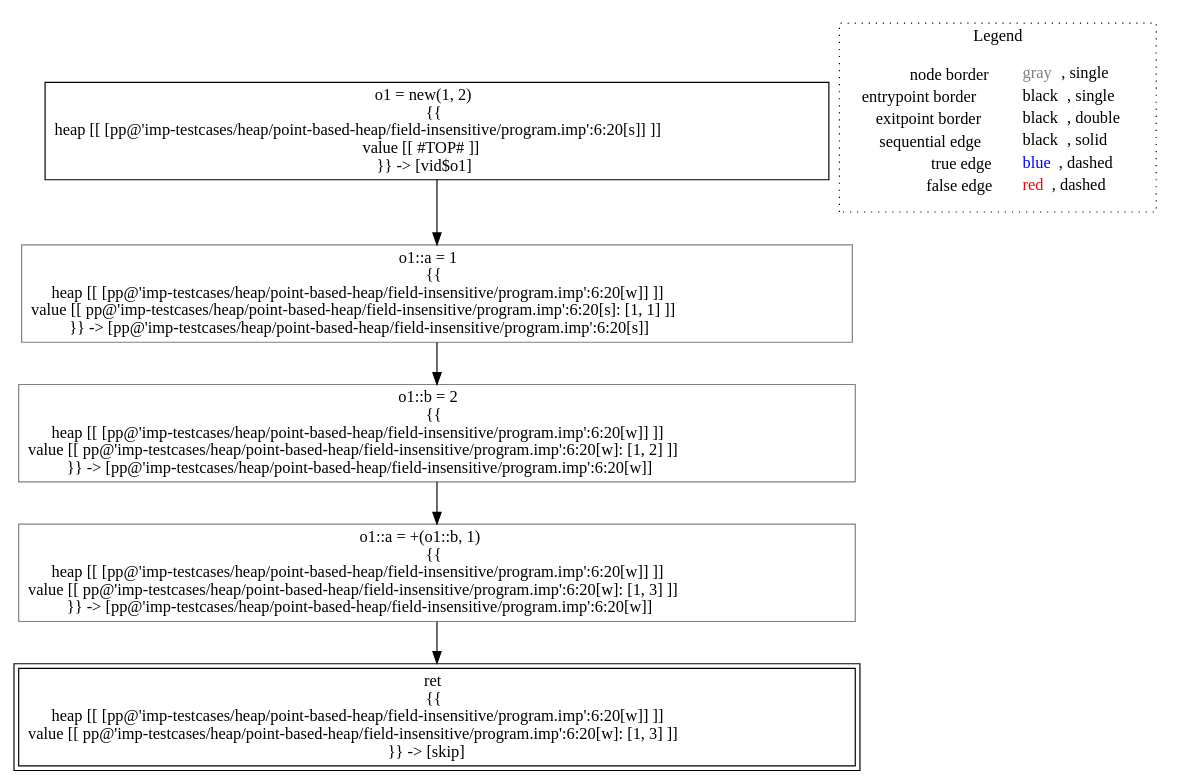
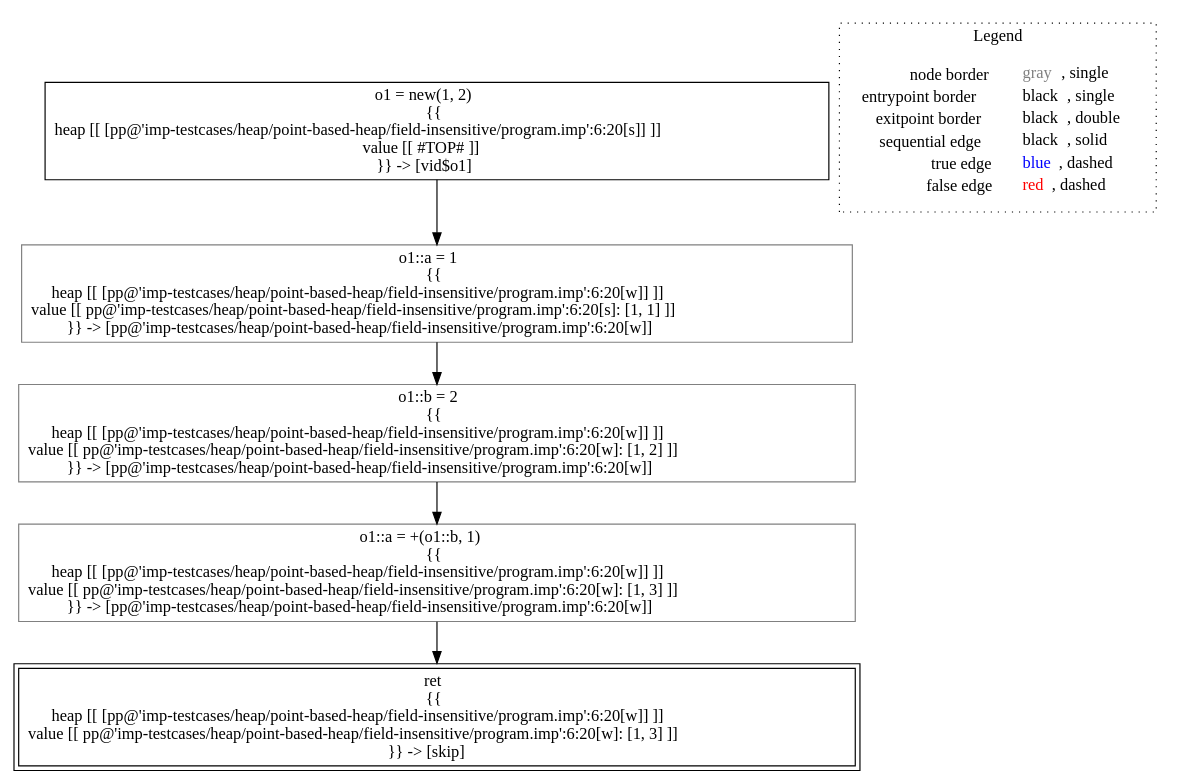
Before and after one commit to lisa-analyzer/lisa: the diagram in lisa/imp-testcases/heap/point-based-heap/field-insensitive/analysis___untyped_A.f1(A_this).dot, drawn with Graphviz. The commit also changed 6 other files, not shown here.

```diff
--- a/lisa/imp-testcases/heap/point-based-heap/field-insensitive/analysis___untyped_A.f1(A_this).dot
+++ b/lisa/imp-testcases/heap/point-based-heap/field-insensitive/analysis___untyped_A.f1(A_this).dot
@@ -1,18 +1,18 @@
 digraph {
 	"node0" [shape="rect",color="black",label=<o1 = new(1, 2)<BR/>{{<BR/>heap [[ [pp@'imp-testcases/heap/point-based-heap/field-insensitive/program.imp':6:20[s]] ]]<BR/>value [[ #TOP# ]]<BR/>}} -&gt; [vid$o1]>];
-	"node1" [shape="rect",color="black",peripheries="2",label=<ret<BR/>{{<BR/>heap [[ [pp@'imp-testcases/heap/point-based-heap/field-insensitive/program.imp':6:20[w]] ]]<BR/>value [[ pp@'imp-testcases/heap/point-based-heap/field-insensitive/program.imp':6:20[w]: [1, 3] ]]<BR/>}} -&gt; [skip]>];
-	"node2" [shape="rect",color="gray",label=<o1::a = 1<BR/>{{<BR/>heap [[ [pp@'imp-testcases/heap/point-based-heap/field-insensitive/program.imp':6:20[w]] ]]<BR/>value [[ pp@'imp-testcases/heap/point-based-heap/field-insensitive/program.imp':6:20[s]: [1, 1] ]]<BR/>}} -&gt; [pp@'imp-testcases/heap/point-based-heap/field-insensitive/program.imp':6:20[s]]>];
-	"node3" [shape="rect",color="gray",label=<o1::a = +(o1::b, 1)<BR/>{{<BR/>heap [[ [pp@'imp-testcases/heap/point-based-heap/field-insensitive/program.imp':6:20[w]] ]]<BR/>value [[ pp@'imp-testcases/heap/point-based-heap/field-insensitive/program.imp':6:20[w]: [1, 3] ]]<BR/>}} -&gt; [pp@'imp-testcases/heap/point-based-heap/field-insensitive/program.imp':6:20[w]]>];
-	"node4" [shape="rect",color="gray",label=<o1::b = 2<BR/>{{<BR/>heap [[ [pp@'imp-testcases/heap/point-based-heap/field-insensitive/program.imp':6:20[w]] ]]<BR/>value [[ pp@'imp-testcases/heap/point-based-heap/field-insensitive/program.imp':6:20[w]: [1, 2] ]]<BR/>}} -&gt; [pp@'imp-testcases/heap/point-based-heap/field-insensitive/program.imp':6:20[w]]>];
-	"node0" -> "node2" [color="black"];
-	"node2" -> "node4" [color="black"];
-	"node3" -> "node1" [color="black"];
-	"node4" -> "node3" [color="black"];
+	"node1" [shape="rect",color="gray",label=<o1::b = 2<BR/>{{<BR/>heap [[ [pp@'imp-testcases/heap/point-based-heap/field-insensitive/program.imp':6:20[w]] ]]<BR/>value [[ pp@'imp-testcases/heap/point-based-heap/field-insensitive/program.imp':6:20[w]: [1, 2] ]]<BR/>}} -&gt; [pp@'imp-testcases/heap/point-based-heap/field-insensitive/program.imp':6:20[w]]>];
+	"node2" [shape="rect",color="gray",label=<o1::a = +(o1::b, 1)<BR/>{{<BR/>heap [[ [pp@'imp-testcases/heap/point-based-heap/field-insensitive/program.imp':6:20[w]] ]]<BR/>value [[ pp@'imp-testcases/heap/point-based-heap/field-insensitive/program.imp':6:20[w]: [1, 3] ]]<BR/>}} -&gt; [pp@'imp-testcases/heap/point-based-heap/field-insensitive/program.imp':6:20[w]]>];
+	"node3" [shape="rect",color="black",peripheries="2",label=<ret<BR/>{{<BR/>heap [[ [pp@'imp-testcases/heap/point-based-heap/field-insensitive/program.imp':6:20[w]] ]]<BR/>value [[ pp@'imp-testcases/heap/point-based-heap/field-insensitive/program.imp':6:20[w]: [1, 3] ]]<BR/>}} -&gt; [skip]>];
+	"node4" [shape="rect",color="gray",label=<o1::a = 1<BR/>{{<BR/>heap [[ [pp@'imp-testcases/heap/point-based-heap/field-insensitive/program.imp':6:20[w]] ]]<BR/>value [[ pp@'imp-testcases/heap/point-based-heap/field-insensitive/program.imp':6:20[s]: [1, 1] ]]<BR/>}} -&gt; [pp@'imp-testcases/heap/point-based-heap/field-insensitive/program.imp':6:20[w]]>];
+	"node1" -> "node2" [color="black"];
+	"node2" -> "node3" [color="black"];
+	"node0" -> "node4" [color="black"];
+	"node4" -> "node1" [color="black"];
 subgraph cluster_legend {
 	label="Legend";
 	style=dotted;
 	node [shape=plaintext];
 	"legend" [label=<<table border="0" cellpadding="2" cellspacing="0" cellborder="0"><tr><td align="right">node border&nbsp;</td><td align="left"><font color="gray">gray</font>, single</td></tr><tr><td align="right">entrypoint border&nbsp;</td><td align="left"><font color="black">black</font>, single</td></tr><tr><td align="right">exitpoint border&nbsp;</td><td align="left"><font color="black">black</font>, double</td></tr><tr><td align="right">sequential edge&nbsp;</td><td align="left"><font color="black">black</font>, solid</td></tr><tr><td align="right">true edge&nbsp;</td><td align="left"><font color="blue">blue</font>, dashed</td></tr><tr><td align="right">false edge&nbsp;</td><td align="left"><font color="red">red</font>, dashed</td></tr></table>>];
 }
 
 }
```
